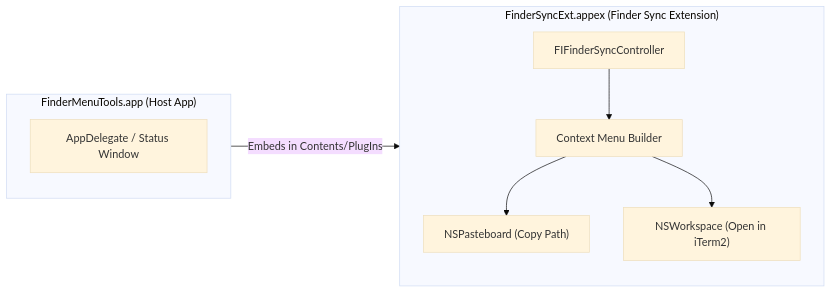
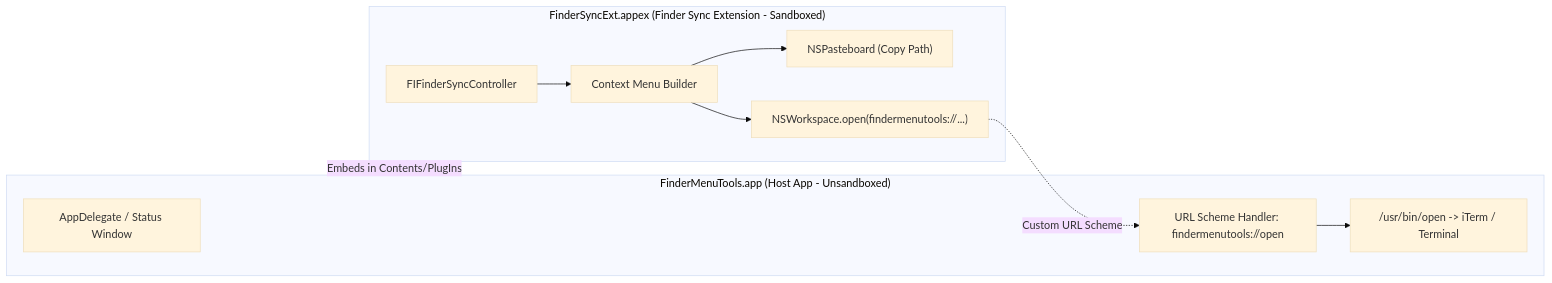
Before and after one commit to xuanchinh97/finder-menu-tools: the diagram in docs/architecture.md, drawn with Mermaid (base theme). The commit also changed other lines of this file and 4 other files, not shown here.

Commit message:
fix: resolve sandbox launch permission via URL scheme delegation and add Open in Terminal option

````diff
--- a/docs/architecture.md
+++ b/docs/architecture.md
@@ -12,18 +13,22 @@
 ```mermaid
 flowchart LR
-    subgraph App["FinderMenuTools.app (Host App)"]
+    subgraph App["FinderMenuTools.app (Host App - Unsandboxed)"]
         MainUI["AppDelegate / Status Window"]
+        URLHandler["URL Scheme Handler: findermenutools://open"]
+        TerminalLauncher["/usr/bin/open -> iTerm / Terminal"]
+        URLHandler --> TerminalLauncher
     end
 
-    subgraph Ext["FinderSyncExt.appex (Finder Sync Extension)"]
+    subgraph Ext["FinderSyncExt.appex (Finder Sync Extension - Sandboxed)"]
         Sync["FIFinderSyncController"]
         Menu["Context Menu Builder"]
         Pasteboard["NSPasteboard (Copy Path)"]
-        Workspace["NSWorkspace (Open in iTerm2)"]
+        URLCaller["NSWorkspace.open(findermenutools://...)"]
     end
 
     App -->|Embeds in Contents/PlugIns| Ext
     Sync --> Menu
     Menu --> Pasteboard
-    Menu --> Workspace
+    Menu --> URLCaller
+    URLCaller -.->|Custom URL Scheme| URLHandler
 ```
````
